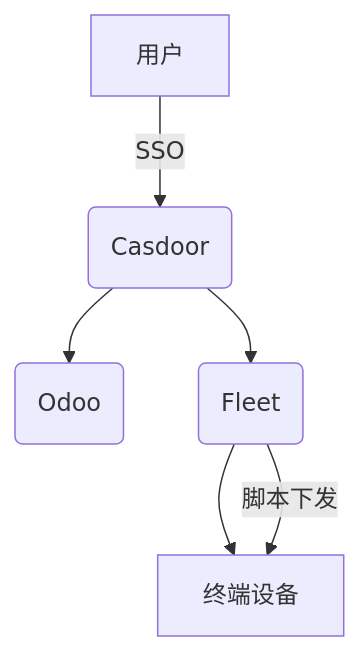
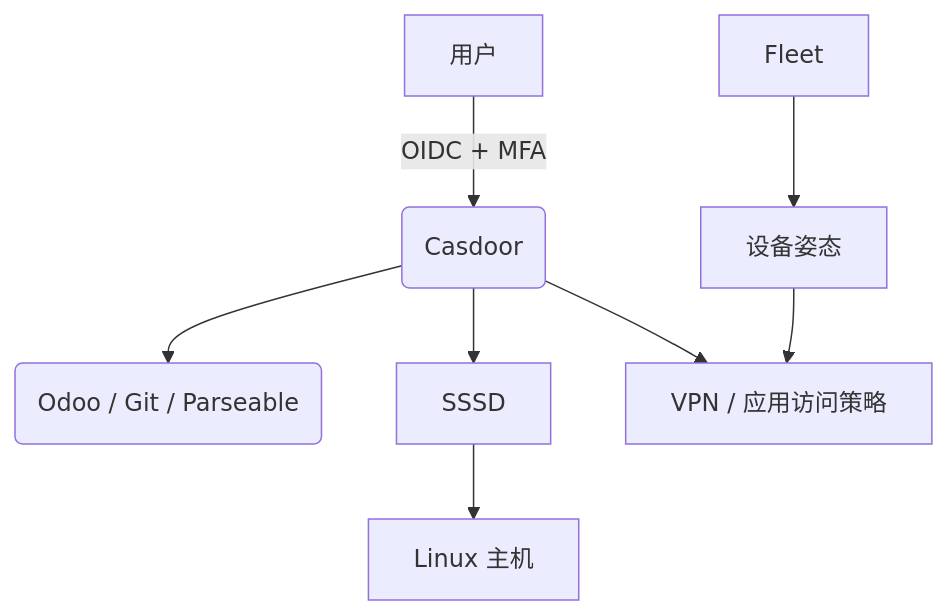
Before and after one commit to stars-labs/full-it-infra-design-docs: the diagram in src/content/docs/01-core-design/it-infra-design.md, drawn with Mermaid. The commit also changed other lines of this file and 14 other files, not shown here.

First line of the commit message:
docs: modernize infrastructure architecture

````diff
--- a/src/content/docs/01-core-design/it-infra-design.md
+++ b/src/content/docs/01-core-design/it-infra-design.md
@@ -47,8 +51,10 @@
 ```mermaid
 graph TD
-    A[用户] -->|SSO| B(Casdoor)
-    B --> C(Odoo)
-    B --> D(Fleet)
-    D --> E[终端设备]
-    D -->|脚本下发| E
+    A[用户] -->|OIDC + MFA| B(Casdoor)
+    B --> C(Odoo / Git / Parseable)
+    B --> D[SSSD]
+    D --> E[Linux 主机]
+    F[Fleet] --> G[设备姿态]
+    G --> H[VPN / 应用访问策略]
+    B --> H
 ```
````
